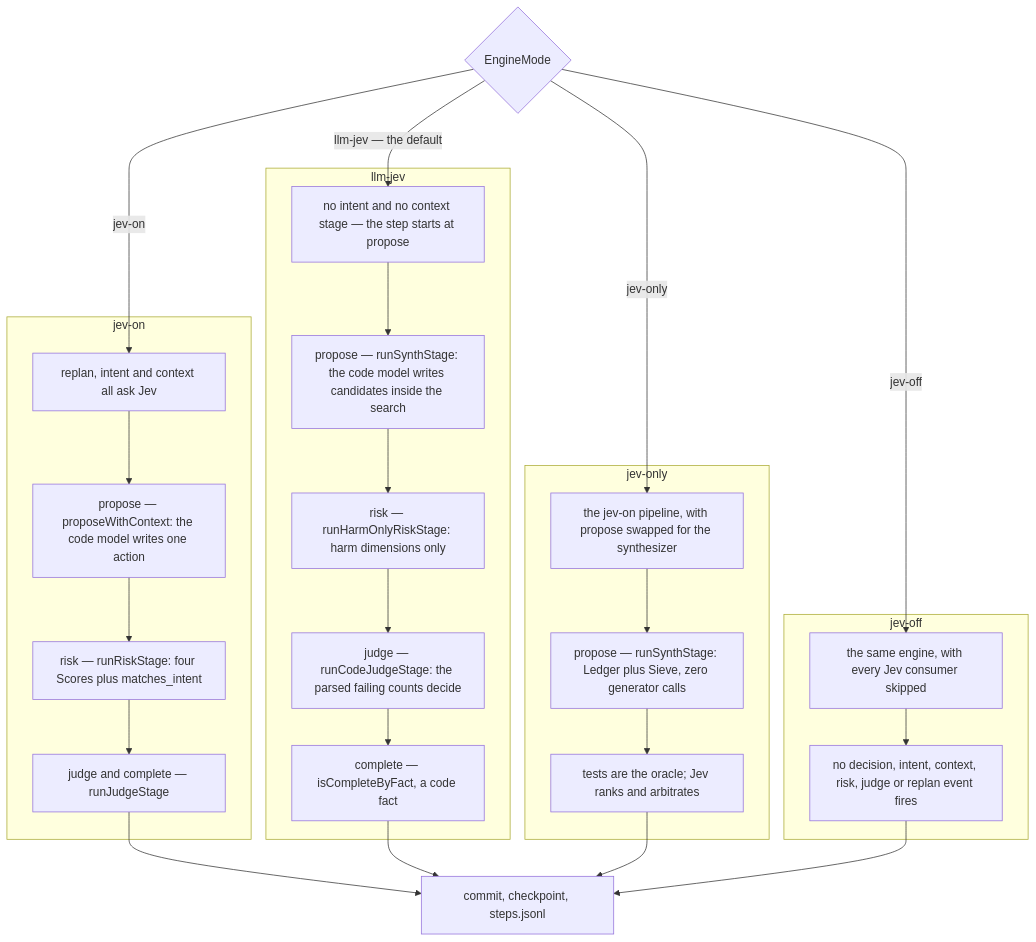
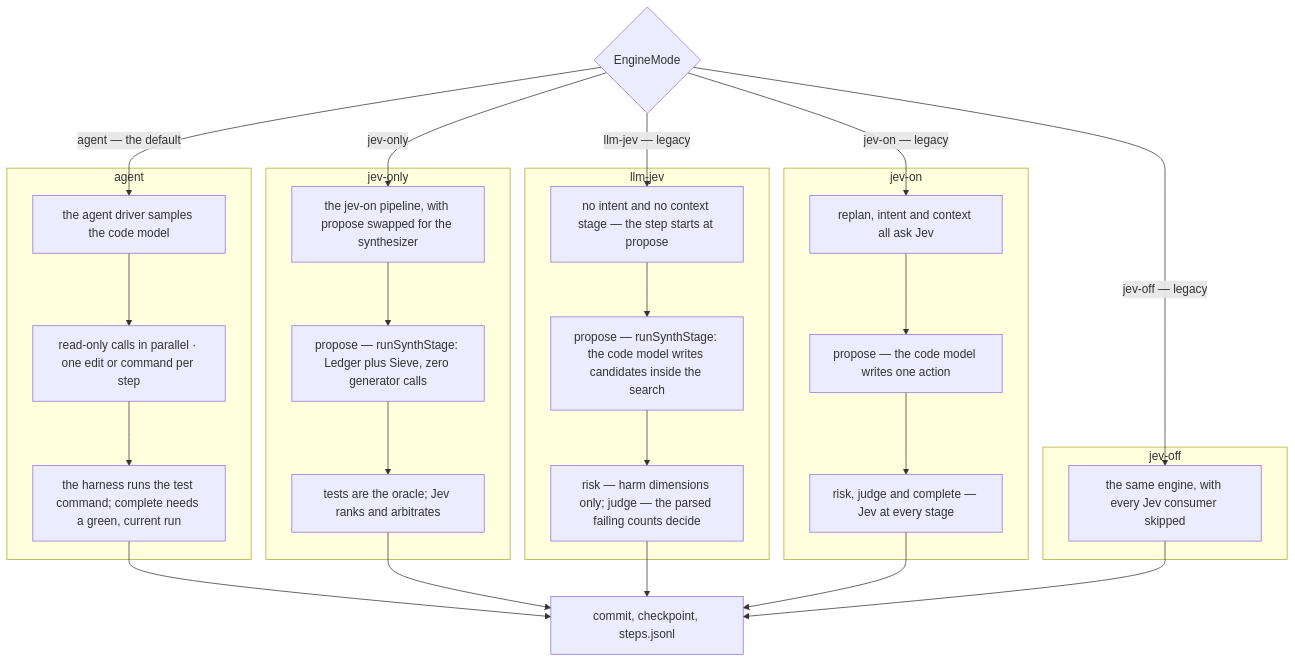
One commit to coasty-ai/JevCode changed the diagram in docs/getting-started/modes.md. Above: the diagram before and after it, drawn with Mermaid. The commit also changed other lines of this file and 13 other files, not shown here.

First line of the commit message:
docs(getting-started,operations,reference): agent is the default; one conversation; Jev optional; full autonomy never asks or refuses

````diff
--- a/docs/getting-started/modes.md
+++ b/docs/getting-started/modes.md
@@ -75,40 +96,43 @@
 ```mermaid
 flowchart TD
   MODE{"EngineMode"}
-  MODE -->|"jev-on"| ON1
-  MODE -->|"llm-jev — the default"| LJ1
+  MODE -->|"agent — the default"| AG1
   MODE -->|"jev-only"| JO1
-  MODE -->|"jev-off"| OF1
+  MODE -->|"llm-jev — legacy"| LJ1
+  MODE -->|"jev-on — legacy"| ON1
+  MODE -->|"jev-off — legacy"| OF1
 
-  subgraph sg_on["jev-on"]
-    ON1["replan, intent and context all ask Jev"]
-    ON2["propose — proposeWithContext: the code model writes one action"]
-    ON3["risk — runRiskStage: four Scores plus matches_intent"]
-    ON4["judge and complete — runJudgeStage"]
-    ON1 --> ON2 --> ON3 --> ON4
-  end
-  subgraph sg_lj["llm-jev"]
-    LJ1["no intent and no context stage — the step starts at propose"]
-    LJ2["propose — runSynthStage: the code model writes candidates inside the search"]
-    LJ3["risk — runHarmOnlyRiskStage: harm dimensions only"]
-    LJ4["judge — runCodeJudgeStage: the parsed failing counts decide"]
-    LJ5["complete — isCompleteByFact, a code fact"]
-    LJ1 --> LJ2 --> LJ3 --> LJ4 --> LJ5
+  subgraph sg_ag["agent"]
+    AG1["the agent driver samples the code model"]
+    AG2["read-only calls in parallel · one edit or command per step"]
+    AG3["the harness runs the test command; complete needs a green, current run"]
+    AG1 --> AG2 --> AG3
   end
   subgraph sg_jo["jev-only"]
     JO1["the jev-on pipeline, with propose swapped for the synthesizer"]
     JO2["propose — runSynthStage: Ledger plus Sieve, zero generator calls"]
     JO3["tests are the oracle; Jev ranks and arbitrates"]
     JO1 --> JO2 --> JO3
   end
+  subgraph sg_lj["llm-jev"]
+    LJ1["no intent and no context stage — the step starts at propose"]
+    LJ2["propose — runSynthStage: the code model writes candidates inside the search"]
+    LJ3["risk — harm dimensions only; judge — the parsed failing counts decide"]
+    LJ1 --> LJ2 --> LJ3
+  end
+  subgraph sg_on["jev-on"]
+    ON1["replan, intent and context all ask Jev"]
+    ON2["propose — the code model writes one action"]
+    ON3["risk, judge and complete — Jev at every stage"]
+    ON1 --> ON2 --> ON3
+  end
   subgraph sg_of["jev-off"]
     OF1["the same engine, with every Jev consumer skipped"]
-    OF2["no decision, intent, context, risk, judge or replan event fires"]
-    OF1 --> OF2
   end
 
-  ON4 --> COMMIT["commit, checkpoint, steps.jsonl"]
-  LJ5 --> COMMIT
+  AG3 --> COMMIT["commit, checkpoint, steps.jsonl"]
   JO3 --> COMMIT
-  OF2 --> COMMIT
+  LJ3 --> COMMIT
+  ON3 --> COMMIT
+  OF1 --> COMMIT
 ```
````
